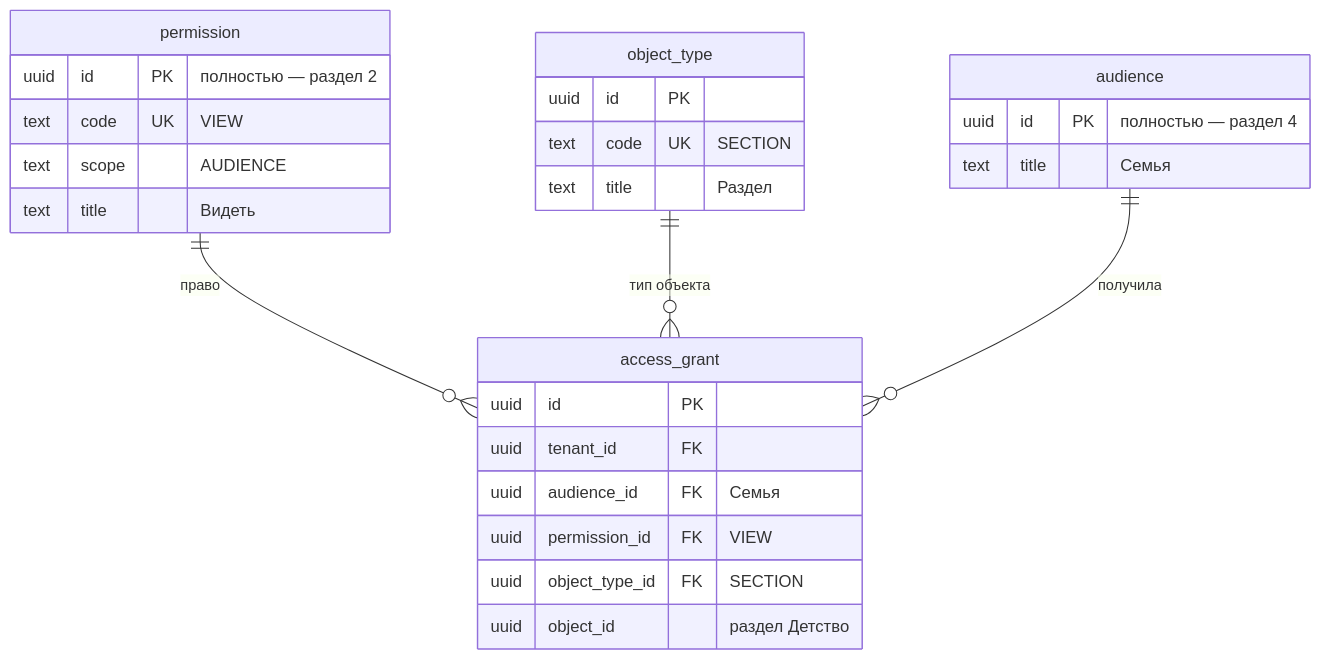
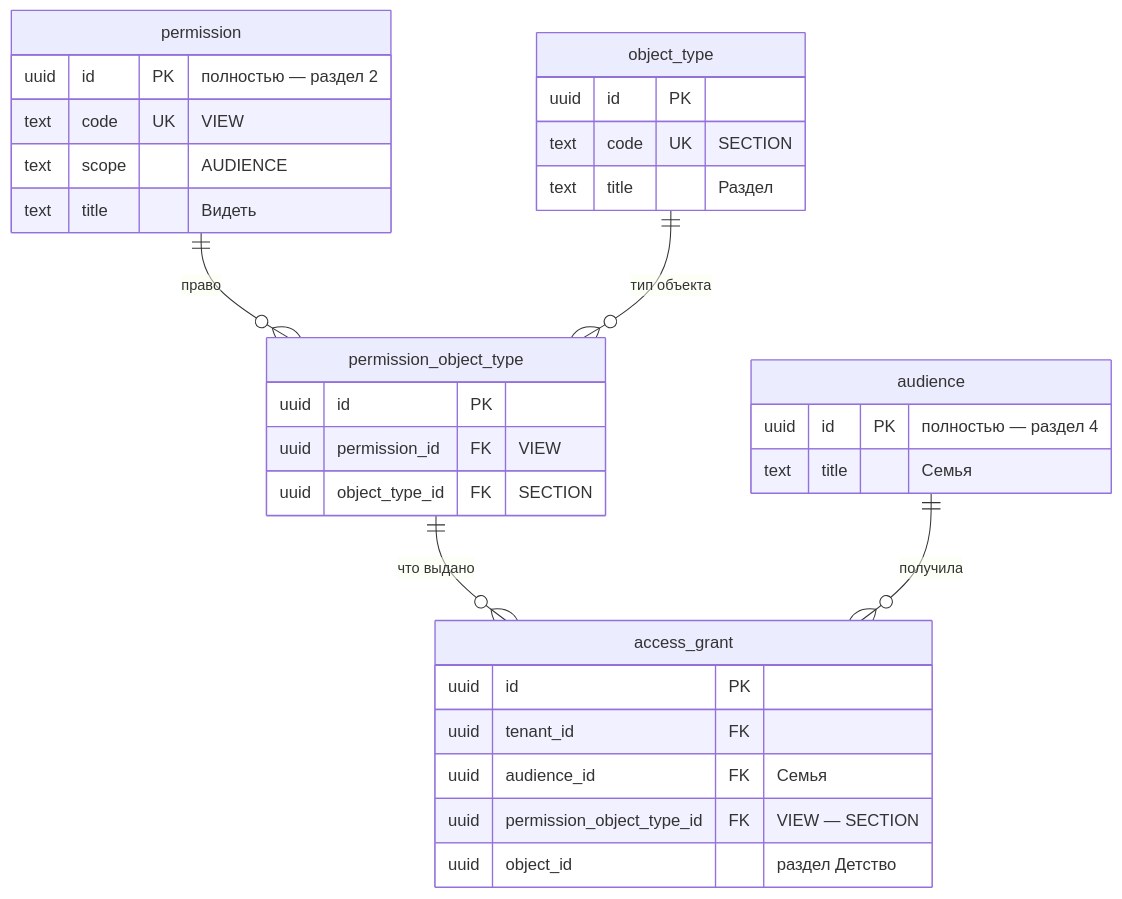
Before and after one commit to KiraKhvan/memory_docs: the fifth of 5 diagrams in domain_model/Access-schema.md, drawn with Mermaid. The commit also changed other lines of this file and 1 other file, not shown here.

Commit message:
Access-schema.md: permission_object_type pairs, access_grant refers to the allowed pair

````diff
--- a/domain_model/Access-schema.md
+++ b/domain_model/Access-schema.md
@@ -249,29 +249,34 @@
 ```mermaid
 erDiagram
-    permission ||--o{ access_grant : "право"
-    object_type ||--o{ access_grant : "тип объекта"
+    permission ||--o{ permission_object_type : "право"
+    object_type ||--o{ permission_object_type : "тип объекта"
+    permission_object_type ||--o{ access_grant : "что выдано"
     audience ||--o{ access_grant : "получила"
     permission {
         uuid id PK "полностью — раздел 2"
         text code UK "VIEW"
         text scope "AUDIENCE"
         text title "Видеть"
     }
     object_type {
         uuid id PK
         text code UK "SECTION"
         text title "Раздел"
     }
+    permission_object_type {
+        uuid id PK
+        uuid permission_id FK "VIEW"
+        uuid object_type_id FK "SECTION"
+    }
     access_grant {
         uuid id PK
         uuid tenant_id FK
         uuid audience_id FK "Семья"
-        uuid permission_id FK "VIEW"
-        uuid object_type_id FK "SECTION"
+        uuid permission_object_type_id FK "VIEW — SECTION"
         uuid object_id "раздел Детство"
     }
     audience {
         uuid id PK "полностью — раздел 4"
         text title "Семья"
     }
 ```
````
